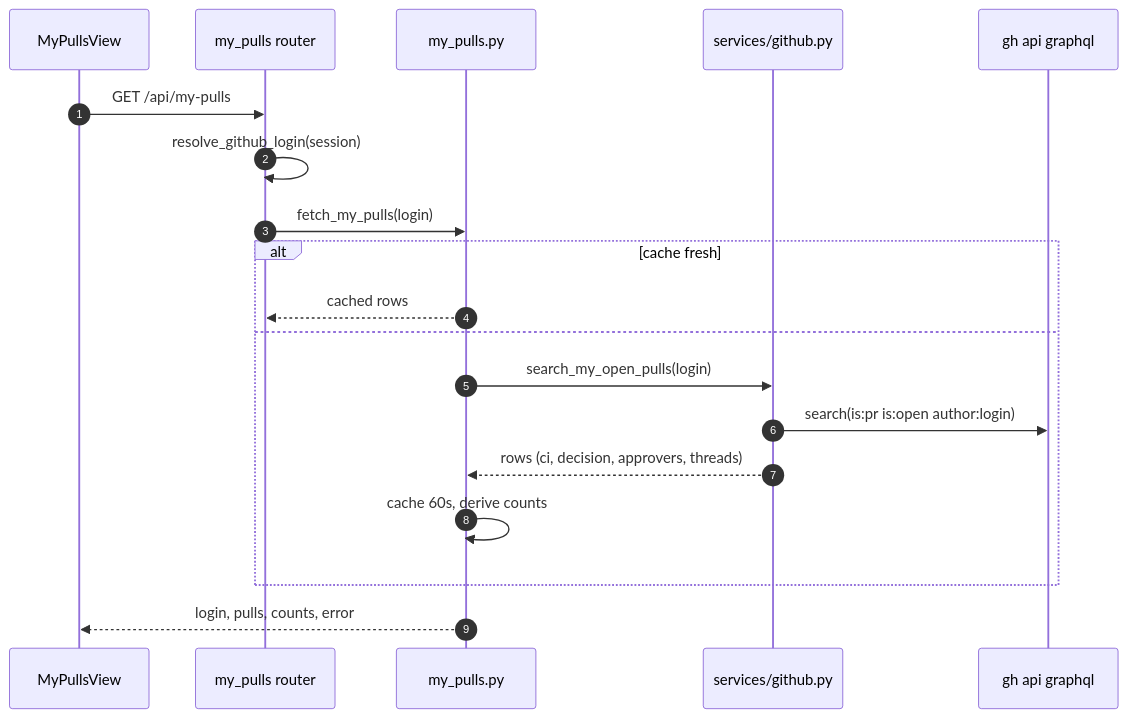
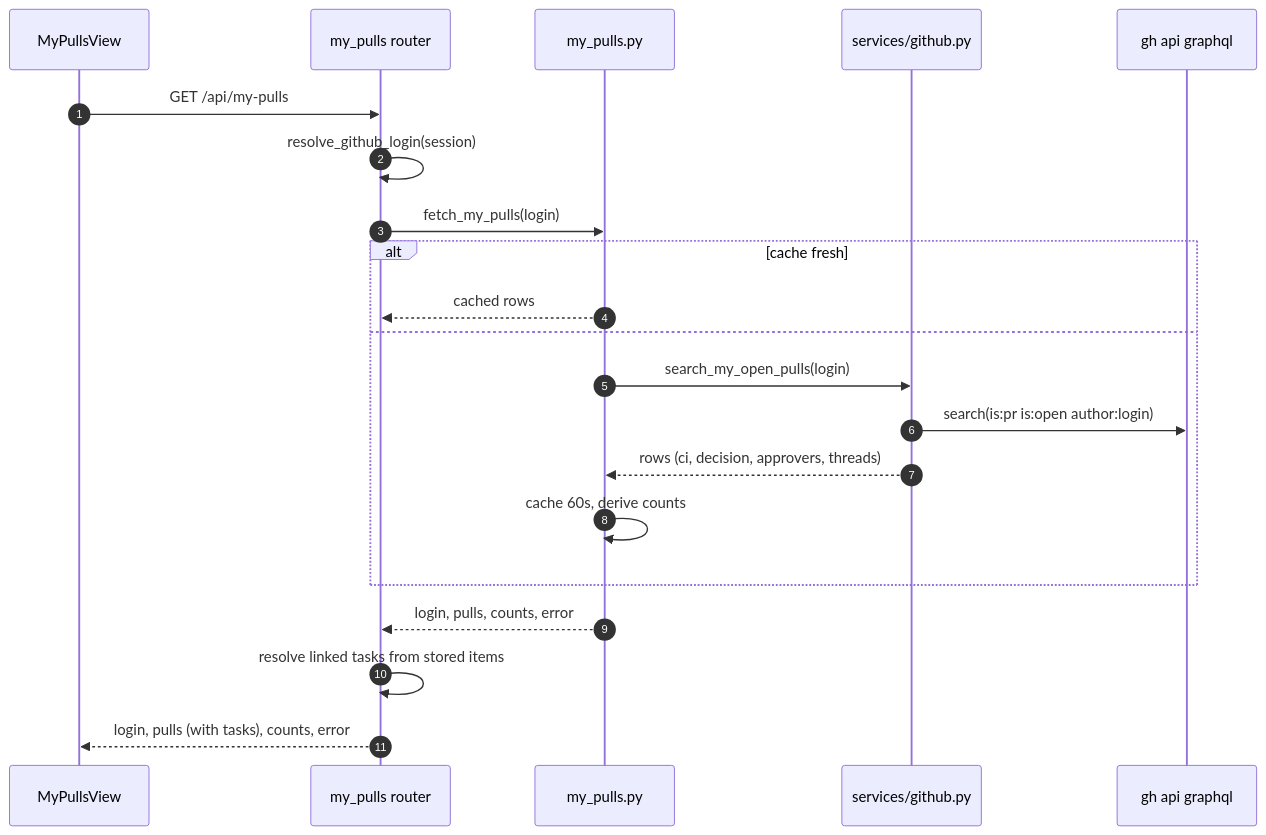
Before and after one commit to TomzxCode/agentic: the second of 4 diagrams in .sdlc/features/p24-github-integration/specification.md, drawn with Mermaid. The commit also changed other lines of this file and 11 other files, not shown here.

````diff
--- a/.sdlc/features/p24-github-integration/specification.md
+++ b/.sdlc/features/p24-github-integration/specification.md
@@ -96,21 +97,23 @@
 ```mermaid
 sequenceDiagram
     autonumber
     participant V as MyPullsView
     participant R as my_pulls router
     participant M as my_pulls.py
     participant S as services/github.py
     participant GH as gh api graphql
     V->>R: GET /api/my-pulls
     R->>R: resolve_github_login(session)
     R->>M: fetch_my_pulls(login)
     alt cache fresh
         M-->>R: cached rows
     else
         M->>S: search_my_open_pulls(login)
         S->>GH: search(is:pr is:open author:login)
         S-->>M: rows (ci, decision, approvers, threads)
         M->>M: cache 60s, derive counts
     end
-    M-->>V: login, pulls, counts, error
+    M-->>R: login, pulls, counts, error
+    R->>R: resolve linked tasks from stored items
+    R-->>V: login, pulls (with tasks), counts, error
 ```
````
